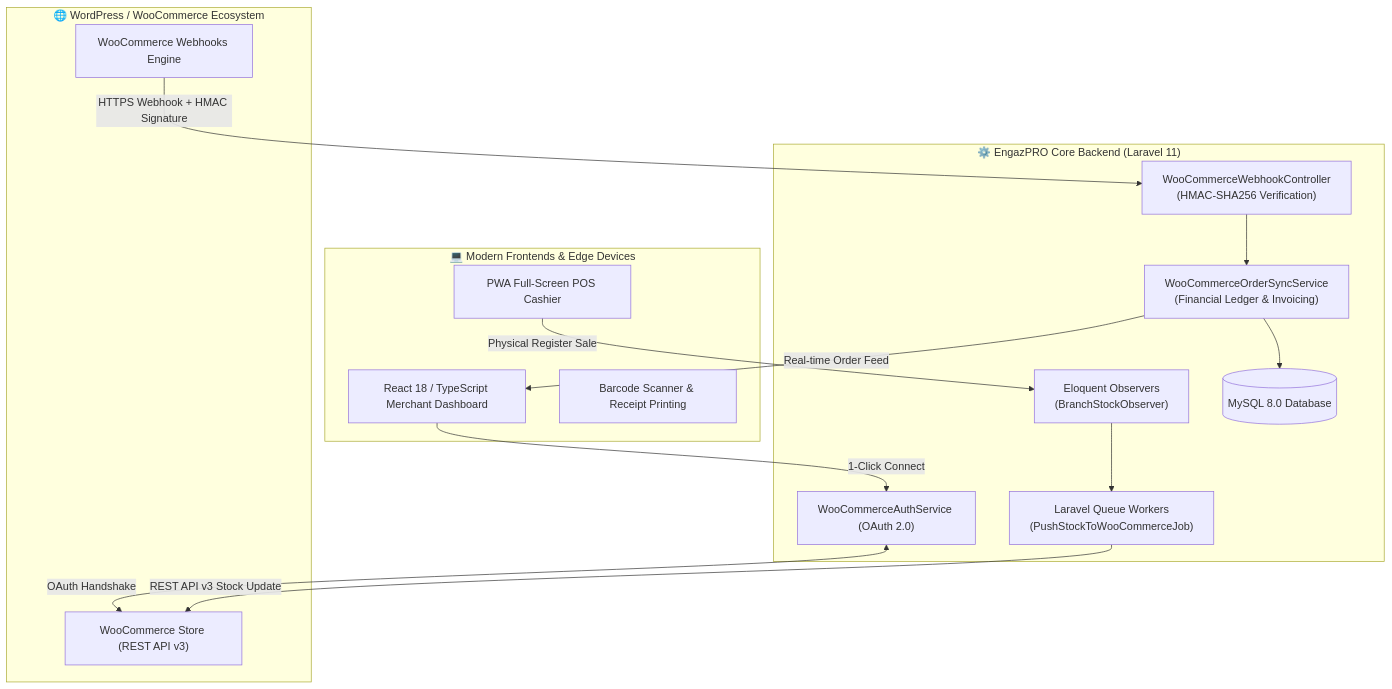
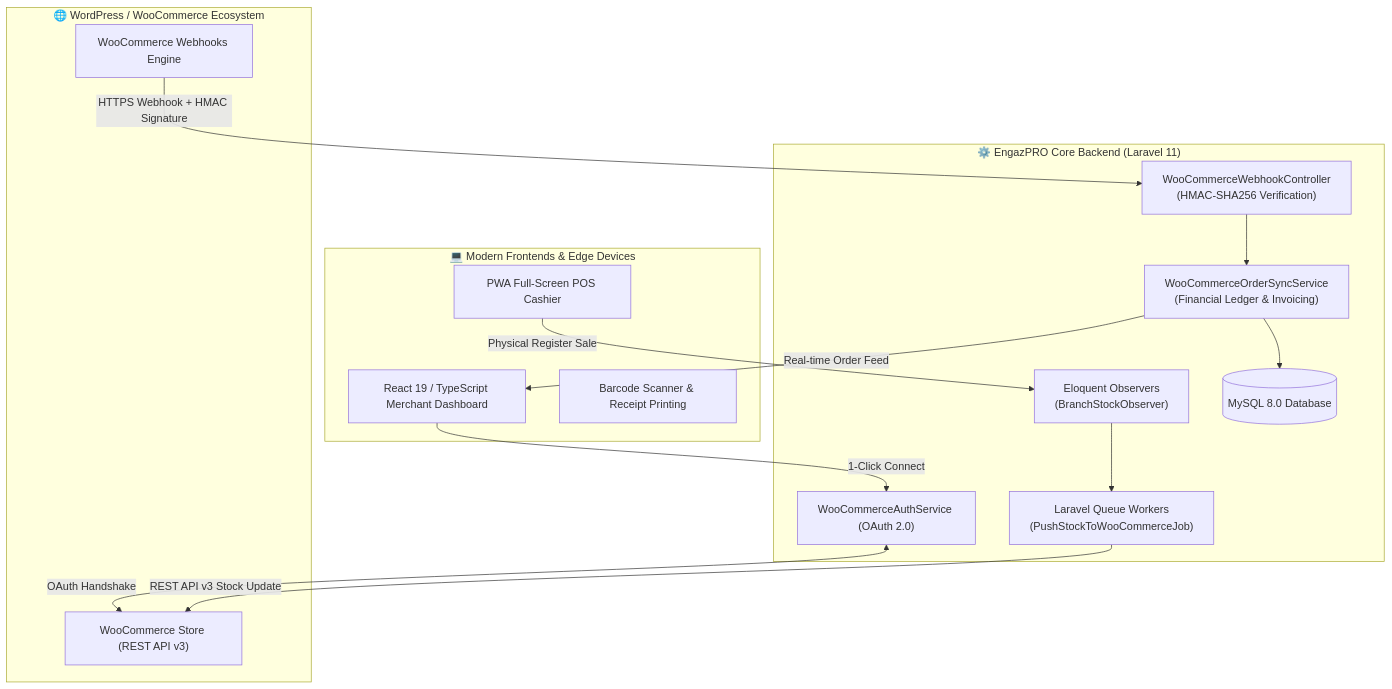
The diagram in README.md (ahmadhasandev711-web/Engazpro-), drawn with Mermaid before and after one commit. The commit also changed other lines of this file, not shown here.

Commit message:
docs(readme): correct react version to 19 and pos shortcuts to actual keys

````diff
--- a/README.md
+++ b/README.md
@@ -51,34 +51,34 @@
 ```mermaid
 flowchart TD
     subgraph WordPress ["🌐 WordPress / WooCommerce Ecosystem"]
         WC_Store["WooCommerce Store (REST API v3)"]
         WC_Hooks["WooCommerce Webhooks Engine"]
     end
 
     subgraph EngazPRO_Backend ["⚙️ EngazPRO Core Backend (Laravel 11)"]
         AuthService["WooCommerceAuthService (OAuth 2.0)"]
         WebhookController["WooCommerceWebhookController\n(HMAC-SHA256 Verification)"]
         OrderSync["WooCommerceOrderSyncService\n(Financial Ledger & Invoicing)"]
         QueueWorker["Laravel Queue Workers\n(PushStockToWooCommerceJob)"]
         EventObservers["Eloquent Observers\n(BranchStockObserver)"]
         DB[(MySQL 8.0 Database)]
     end
 
     subgraph Frontends ["💻 Modern Frontends & Edge Devices"]
         POS["PWA Full-Screen POS Cashier"]
-        Dashboard["React 18 / TypeScript Merchant Dashboard"]
+        Dashboard["React 19 / TypeScript Merchant Dashboard"]
         Scanner["Barcode Scanner & Receipt Printing"]
     end
 
     WC_Hooks -->|HTTPS Webhook + HMAC Signature| WebhookController
     WebhookController --> OrderSync
     OrderSync --> DB
     OrderSync -->|Real-time Order Feed| Dashboard
 
     POS -->|Physical Register Sale| EventObservers
     EventObservers --> QueueWorker
     QueueWorker -->|REST API v3 Stock Update| WC_Store
 
     Dashboard -->|1-Click Connect| AuthService
     AuthService <-->|OAuth Handshake| WC_Store
 ```
````
